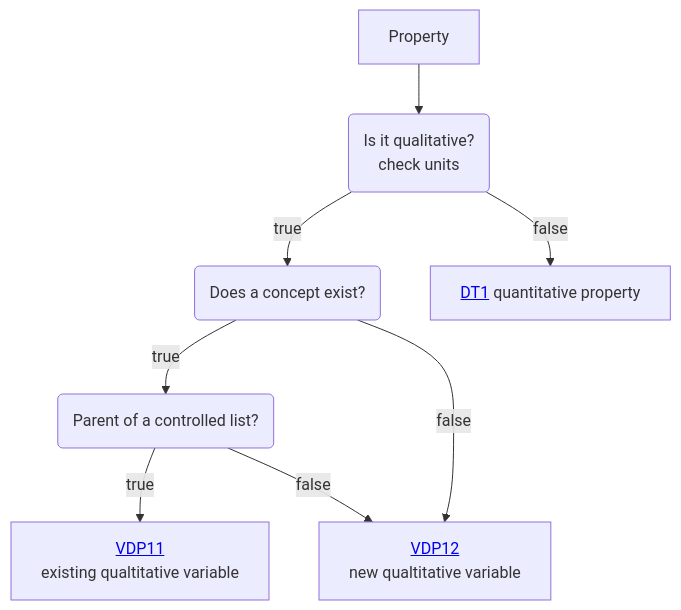
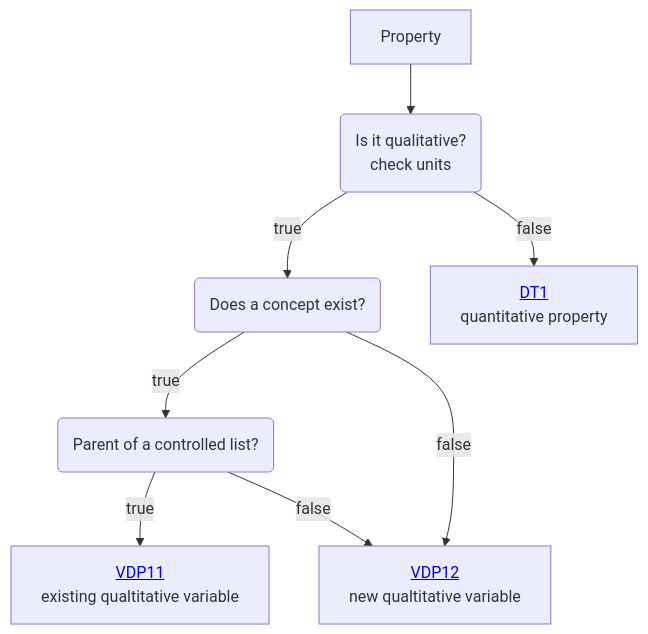
Before and after one commit to mabablue/I-ADOPT-patterns-playground: the diagram in Decisition_trees/DT0.mmd, drawn with Mermaid.

```diff
--- a/Decisition_trees/DT0.mmd
+++ b/Decisition_trees/DT0.mmd
@@ -1,8 +1,8 @@
 flowchart TD
     A[Property] --> B(Is it qualitative? <br> check units)
     B --> |true|C(Does a concept exist?) 
-    B --> |false|D[<a href='https://github.com/mabablue/I-ADOPT-patterns-playground/blob/main/Decisition_trees/DT1.yaml'>DT1</a> quantitative property] 
+    B --> |false|D[<a href='https://github.com/mabablue/I-ADOPT-patterns-playground/blob/main/Decisition_trees/DT1.yaml'>DT1</a><br> quantitative property] 
     C --> |true|E(Parent of a controlled list?)
     C --> |false|H[<a href='https://github.com/mabablue/I-ADOPT-patterns-playground/blob/main/pattern/VDP12.yaml'>VDP12</a><br> new qualtitative variable] 
     E --> |true|F[<a href='https://github.com/mabablue/I-ADOPT-patterns-playground/blob/main/pattern/VDP11.yaml'>VDP11</a><br> existing qualtitative variable] 
     E --> |false|H
```
